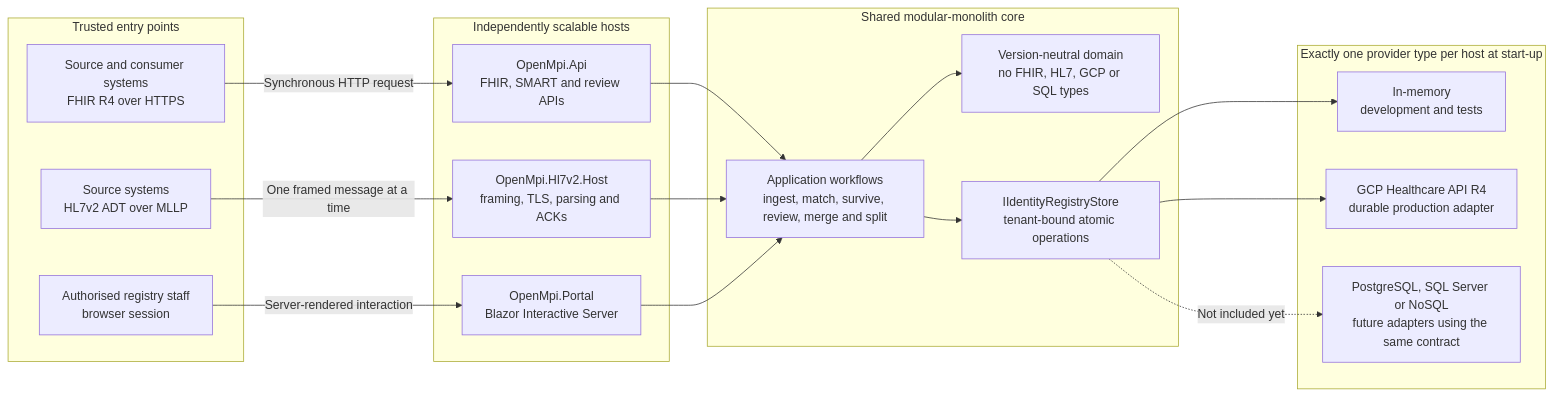
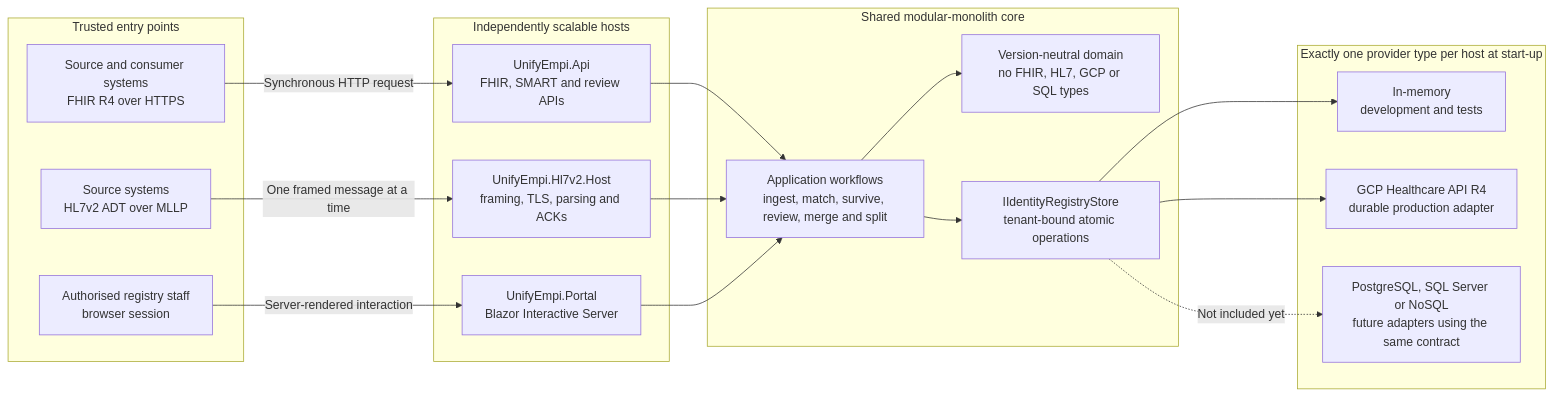
One commit to Lumbridge/FhirMpi changed the first of 9 diagrams in docs/core-paths.md. Above: the diagram before and after it, drawn with Mermaid. The commit also changed other lines of this file and 308 other files, not shown here.

Commit message:
Rebrand OpenMPI as UnifyEMPI

````diff
--- a/docs/core-paths.md
+++ b/docs/core-paths.md
@@ -30,38 +30,38 @@
 ```mermaid
 flowchart LR
     subgraph callers["Trusted entry points"]
         FHIR["Source and consumer systems<br/>FHIR R4 over HTTPS"]
         HL7["Source systems<br/>HL7v2 ADT over MLLP"]
         USER["Authorised registry staff<br/>browser session"]
     end
 
     subgraph hosts["Independently scalable hosts"]
-        API["OpenMpi.Api<br/>FHIR, SMART and review APIs"]
-        MLLP["OpenMpi.Hl7v2.Host<br/>framing, TLS, parsing and ACKs"]
-        PORTAL["OpenMpi.Portal<br/>Blazor Interactive Server"]
+        API["UnifyEmpi.Api<br/>FHIR, SMART and review APIs"]
+        MLLP["UnifyEmpi.Hl7v2.Host<br/>framing, TLS, parsing and ACKs"]
+        PORTAL["UnifyEmpi.Portal<br/>Blazor Interactive Server"]
     end
 
     subgraph core["Shared modular-monolith core"]
         APP["Application workflows<br/>ingest, match, survive, review, merge and split"]
         DOMAIN["Version-neutral domain<br/>no FHIR, HL7, GCP or SQL types"]
         CONTRACT["IIdentityRegistryStore<br/>tenant-bound atomic operations"]
     end
 
     subgraph providers["Exactly one provider type per host at start-up"]
         MEMORY["In-memory<br/>development and tests"]
         GCP["GCP Healthcare API R4<br/>durable production adapter"]
         FUTURE["PostgreSQL, SQL Server or NoSQL<br/>future adapters using the same contract"]
     end
 
     FHIR -->|"Synchronous HTTP request"| API
     HL7 -->|"One framed message at a time"| MLLP
     USER -->|"Server-rendered interaction"| PORTAL
     API --> APP
     MLLP --> APP
     PORTAL --> APP
     APP --> DOMAIN
     APP --> CONTRACT
     CONTRACT --> MEMORY
     CONTRACT --> GCP
     CONTRACT -.->|"Not included yet"| FUTURE
 ```
````
